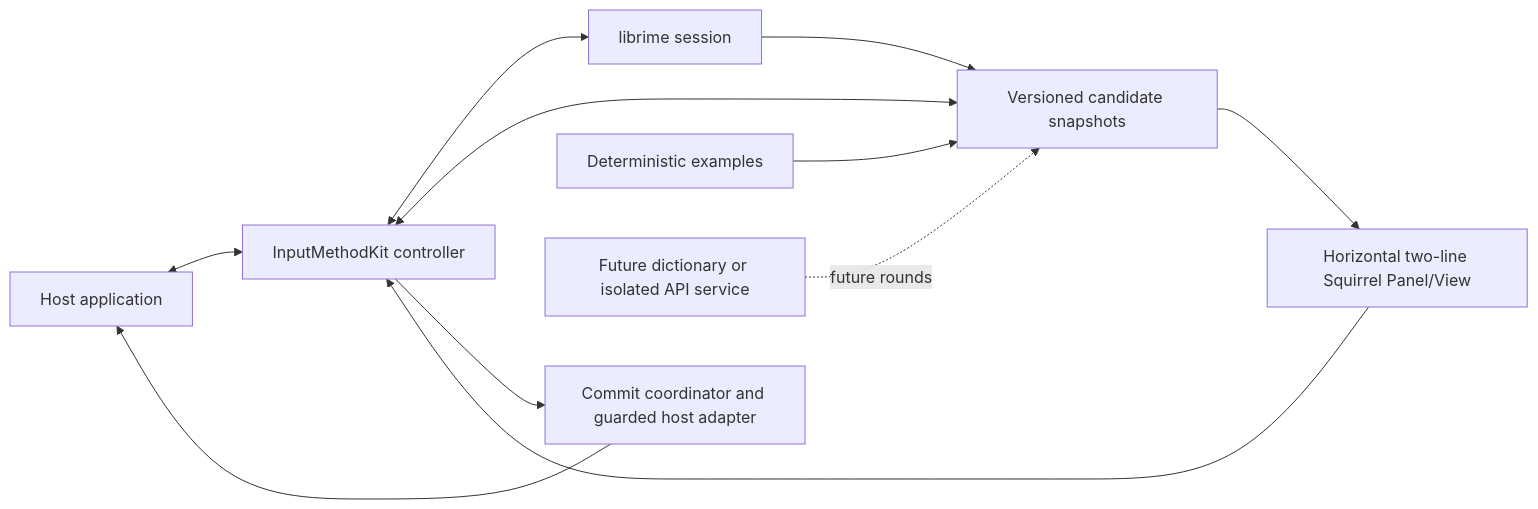
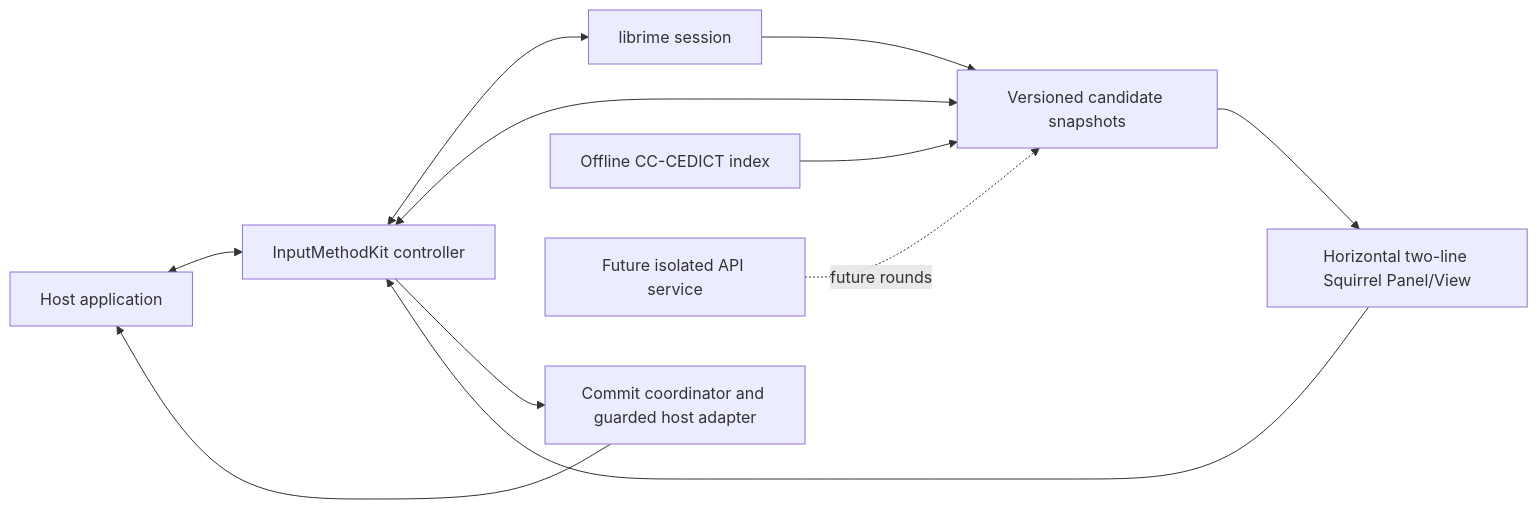
Before and after one commit to zhenkun26/LiangYi-EcholME: the diagram in README.md, drawn with Mermaid. The commit also changed other lines of this file and 27 other files, not shown here.

First line of the commit message:
feat(ime): add offline bidirectional dictionary subtitles

````diff
--- a/README.md
+++ b/README.md
@@ -20,13 +20,13 @@
 ```mermaid
 flowchart LR
     Host[Host application] <--> IMK[InputMethodKit controller]
     IMK <--> Rime[librime session]
     Rime --> State[Versioned candidate snapshots]
     IMK <--> State
     State --> Panel[Horizontal two-line Squirrel Panel/View]
     Panel --> IMK
     IMK --> Coordinator[Commit coordinator and guarded host adapter]
     Coordinator --> Host
-    Examples[Deterministic examples] --> State
-    Translation[Future dictionary or isolated API service] -. future rounds .-> State
+    Lexicon[Offline CC-CEDICT index] --> State
+    Translation[Future isolated API service] -. future rounds .-> State
 ```
````
